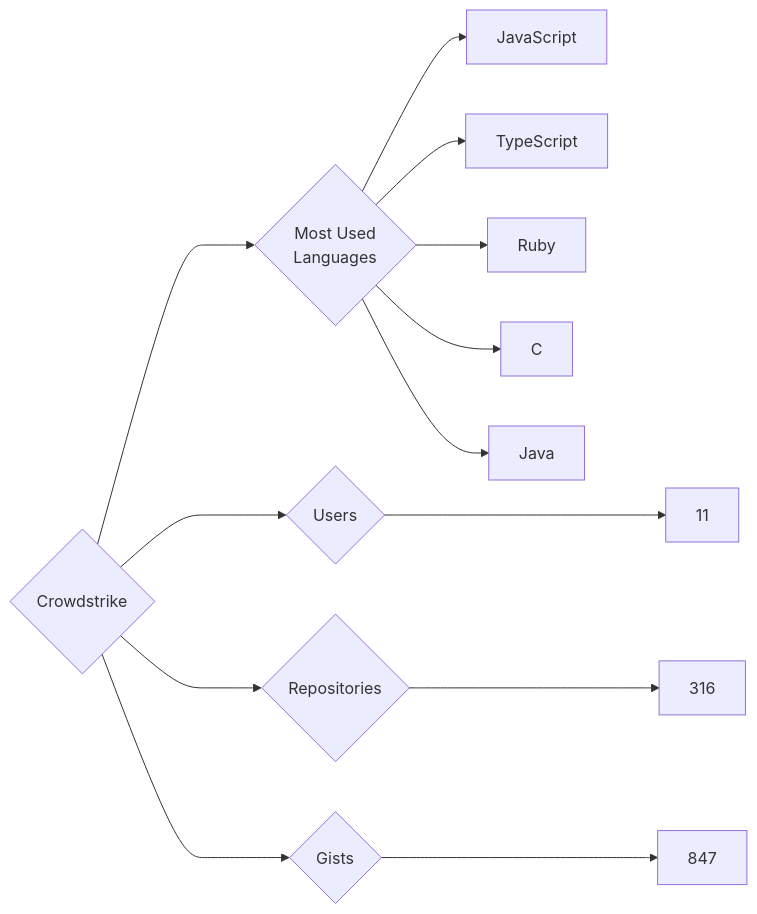
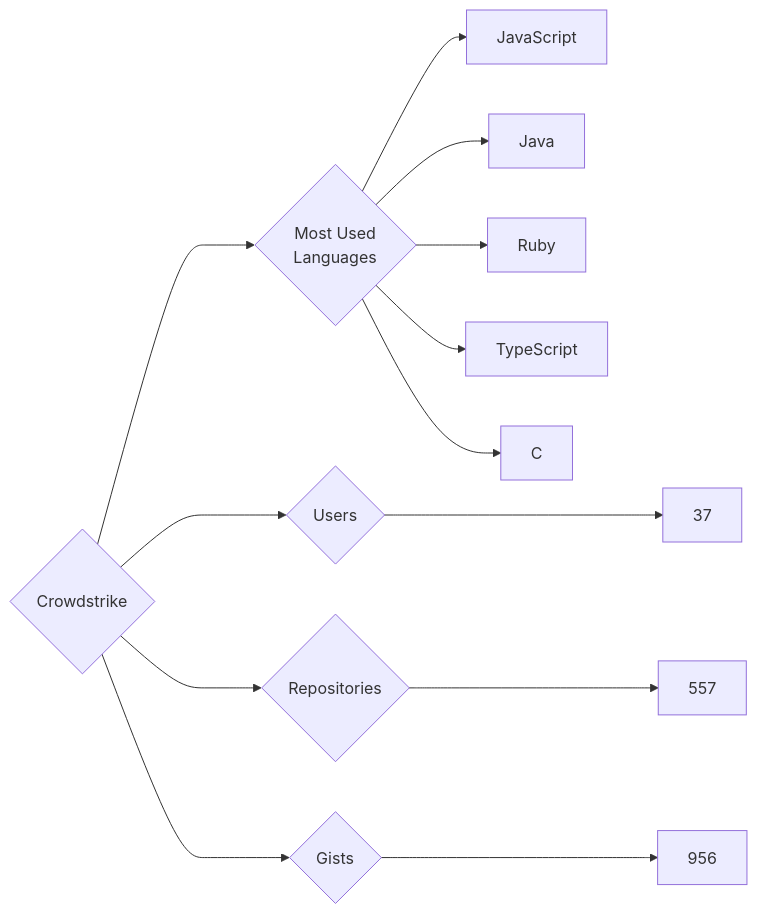
The diagram in targets/Crowdstrike/README.md (trickest/insiders), drawn with Mermaid before and after one commit. The commit also changed 953 other files, not shown here.

````diff
--- a/targets/Crowdstrike/README.md
+++ b/targets/Crowdstrike/README.md
@@ -3,13 +3,13 @@
 ```mermaid
 graph LR
 COMPANY_NAME{Crowdstrike}
-COMPANY_NAME ---> U{Users} ---> UN[11]
-COMPANY_NAME ---> R{Repositories} ---> RN[316]
-COMPANY_NAME ---> G{Gists} ---> GN[847]
+COMPANY_NAME ---> U{Users} ---> UN[37]
+COMPANY_NAME ---> R{Repositories} ---> RN[557]
+COMPANY_NAME ---> G{Gists} ---> GN[956]
 COMPANY_NAME ---> ML{Most Used<br>Languages}
 ML --> JavaScript[JavaScript]
+ML --> Java[Java]
+ML --> Ruby[Ruby]
 ML --> TypeScript[TypeScript]
-ML --> Ruby[Ruby]
 ML --> C[C]
-ML --> Java[Java]
 ```
````
